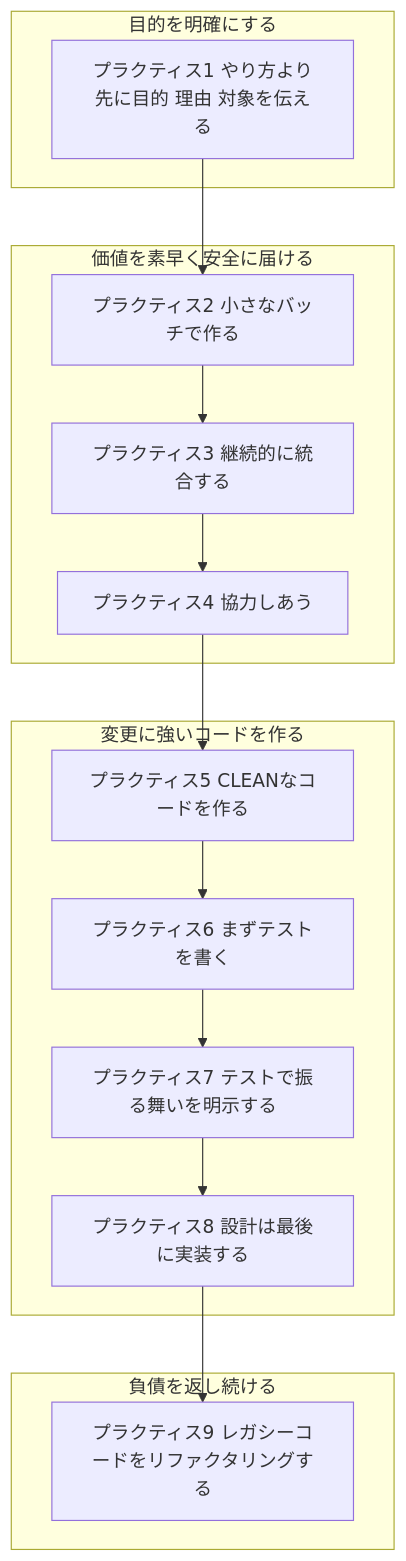
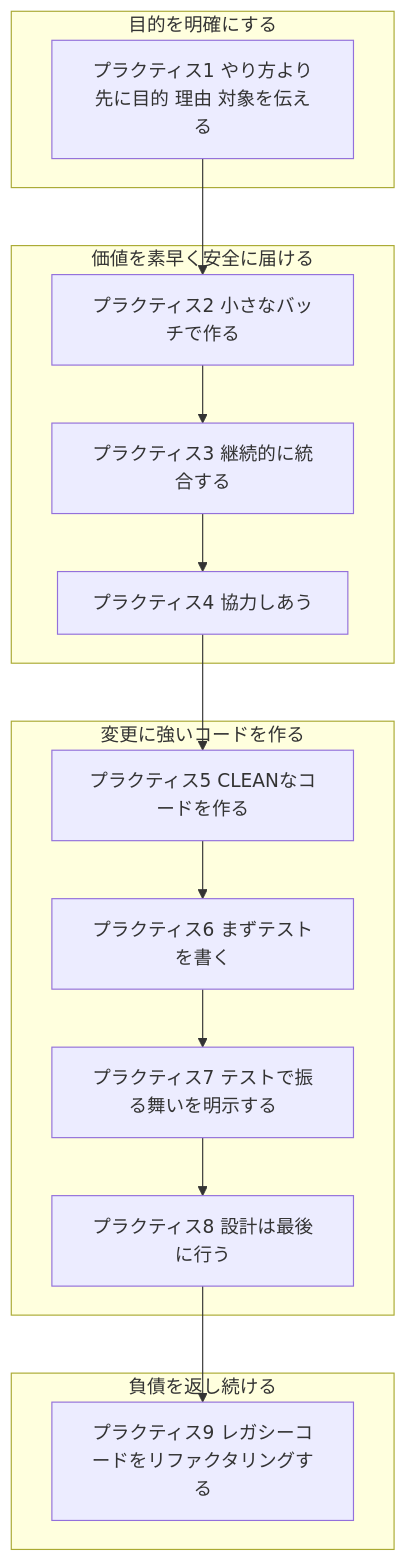
Before and after one commit to myoshi2891/Cloud-Infrastructure-Studies: the third of 6 diagrams in Beyond-legacy-code-guide.md, drawn with Mermaid. The commit also changed other lines of this file, not shown here.

````diff
--- a/Beyond-legacy-code-guide.md
+++ b/Beyond-legacy-code-guide.md
@@ -79,29 +79,29 @@
 ```mermaid
 flowchart TB
     subgraph G1["目的を明確にする"]
         P1["プラクティス1 やり方より先に目的 理由 対象を伝える"]
     end
     subgraph G2["価値を素早く安全に届ける"]
         P2["プラクティス2 小さなバッチで作る"]
         P3["プラクティス3 継続的に統合する"]
         P4["プラクティス4 協力しあう"]
     end
     subgraph G3["変更に強いコードを作る"]
         P5["プラクティス5 CLEANなコードを作る"]
         P6["プラクティス6 まずテストを書く"]
         P7["プラクティス7 テストで振る舞いを明示する"]
-        P8["プラクティス8 設計は最後に実装する"]
+        P8["プラクティス8 設計は最後に行う"]
     end
     subgraph G4["負債を返し続ける"]
         P9["プラクティス9 レガシーコードをリファクタリングする"]
     end
 
     P1 --> P2
     P2 --> P3
     P3 --> P4
     P4 --> P5
     P5 --> P6
     P6 --> P7
     P7 --> P8
     P8 --> P9
 ```
````
